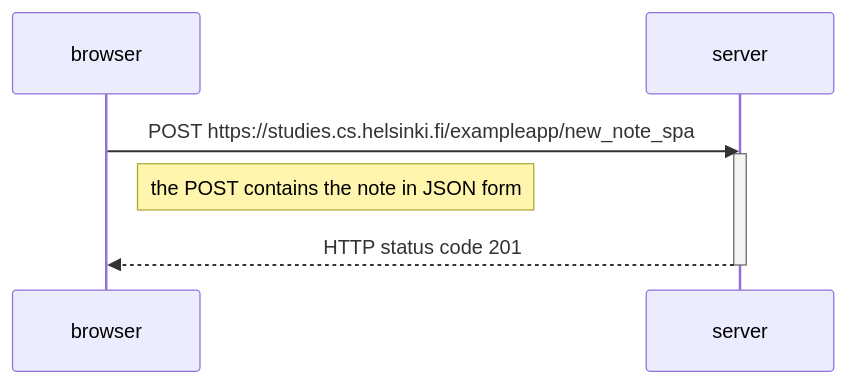
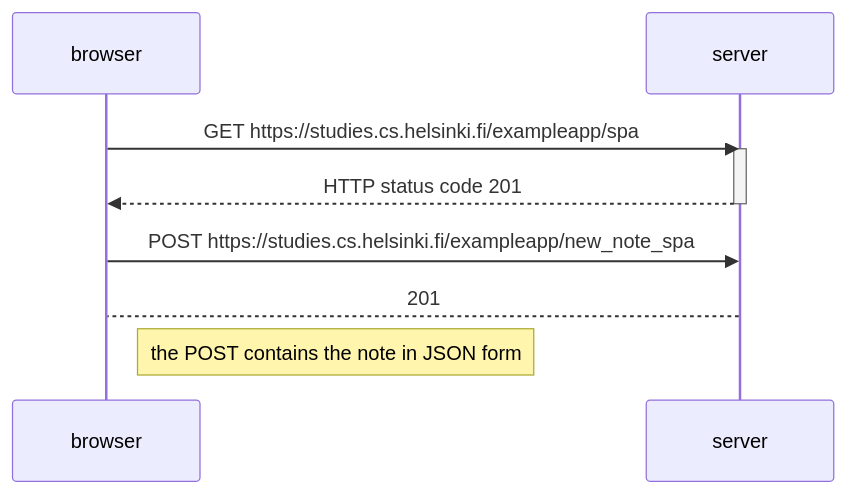
Before and after one commit to karloag/FullStackOpen_part0: the diagram in 0.6 New Note in Singel Page App diagram.md, drawn with Mermaid. The commit also changed 1 other file, not shown here.

Commit message:
new note spa

````diff
--- a/0.6 New Note in Singel Page App diagram.md
+++ b/0.6 New Note in Singel Page App diagram.md
@@ -1,11 +1,16 @@
 ```mermaid 
 sequenceDiagram
 participant browser 
 participant server
 
-browser->>server: POST https://studies.cs.helsinki.fi/exampleapp/new_note_spa 
+browser->>server: GET https://studies.cs.helsinki.fi/exampleapp/spa 
 activate server 
-note right of browser: the POST contains the note in JSON form
+
 server-->>browser: HTTP status code 201
 deactivate server 
+
+browser->> server: POST https://studies.cs.helsinki.fi/exampleapp/new_note_spa
+server--> browser:  201
+note right of browser: the POST contains the note in JSON form
+ 
 ``` 
````
